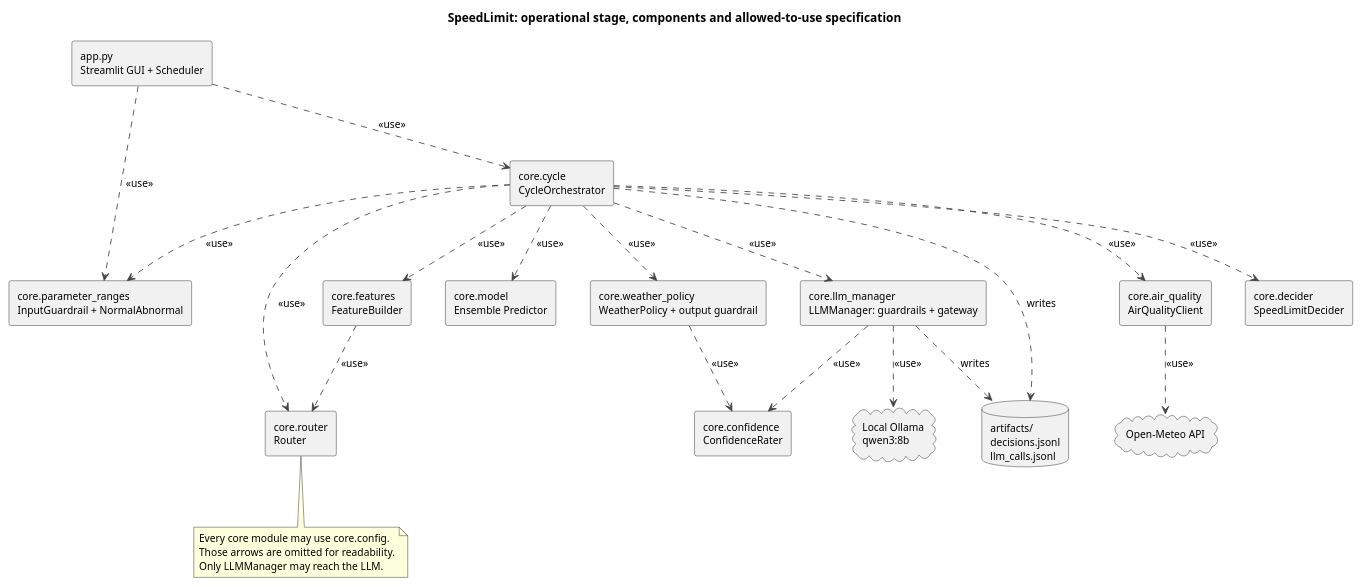
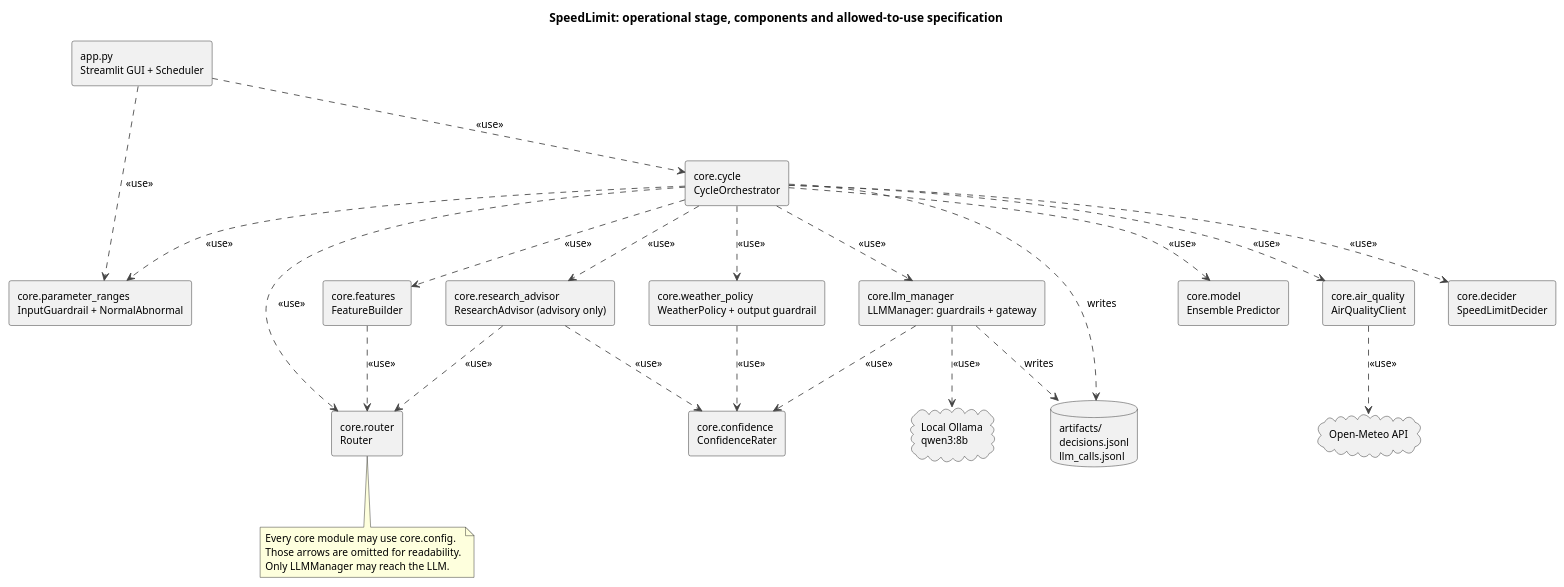
The diagram in docs/uml/01_architecture_operational.puml (xDGeo/SpeedLimitExampleSEA), drawn with PlantUML before and after one commit. The commit also changed 16 other files, not shown here.

First line of the commit message:
Add research advisor panel beside the system decision

```diff
--- a/docs/uml/01_architecture_operational.puml
+++ b/docs/uml/01_architecture_operational.puml
@@ -1,48 +1,52 @@
 @startuml 01_architecture_operational
 title SpeedLimit: operational stage, components and allowed-to-use specification
 skinparam shadowing false
 skinparam componentStyle rectangle
 skinparam nodesep 40
 skinparam ranksep 70
 skinparam defaultFontSize 12
 skinparam ArrowColor #444444
 
 [app.py\nStreamlit GUI + Scheduler] as GUI
 [core.cycle\nCycleOrchestrator] as Cycle
 [core.parameter_ranges\nInputGuardrail + NormalAbnormal] as Ranges
 [core.router\nRouter] as Router
 [core.features\nFeatureBuilder] as Features
 [core.model\nEnsemble Predictor] as Model
 [core.weather_policy\nWeatherPolicy + output guardrail] as Weather
 [core.air_quality\nAirQualityClient] as Air
 [core.llm_manager\nLLMManager: guardrails + gateway] as LLM
 [core.decider\nSpeedLimitDecider] as Decider
 [core.confidence\nConfidenceRater] as Confidence
+[core.research_advisor\nResearchAdvisor (advisory only)] as Research
 cloud "Open-Meteo API" as OpenMeteo
 cloud "Local Ollama\nqwen3:8b" as Ollama
 database "artifacts/\ndecisions.jsonl\nllm_calls.jsonl" as Art
 
 GUI ..> Cycle : <<use>>
 GUI ..> Ranges : <<use>>
 Cycle ..> Ranges : <<use>>
 Cycle ..> Router : <<use>>
 Cycle ..> Features : <<use>>
 Cycle ..> Model : <<use>>
 Cycle ..> Weather : <<use>>
 Cycle ..> Air : <<use>>
 Cycle ..> LLM : <<use>>
 Cycle ..> Decider : <<use>>
 Features ..> Router : <<use>>
+Cycle ..> Research : <<use>>
+Research ..> Router : <<use>>
+Research ..> Confidence : <<use>>
 Weather ..> Confidence : <<use>>
 LLM ..> Confidence : <<use>>
 Air ..> OpenMeteo : <<use>>
 LLM ..> Ollama : <<use>>
 Cycle ..> Art : writes
 LLM ..> Art : writes
 
 note bottom of Router
   Every core module may use core.config.
   Those arrows are omitted for readability.
   Only LLMManager may reach the LLM.
 end note
 @enduml
```
